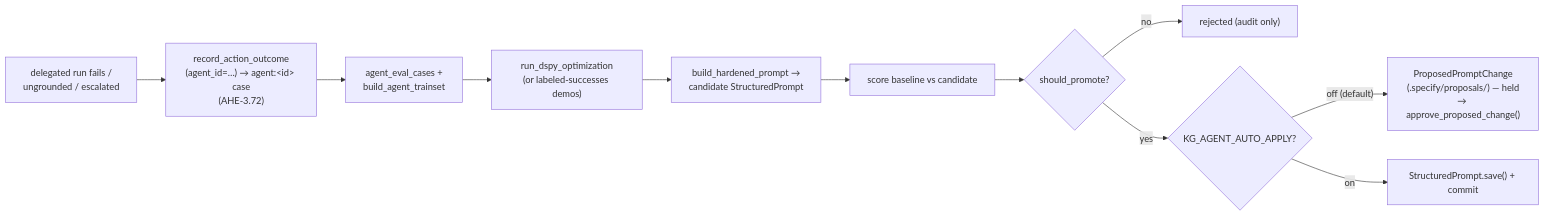
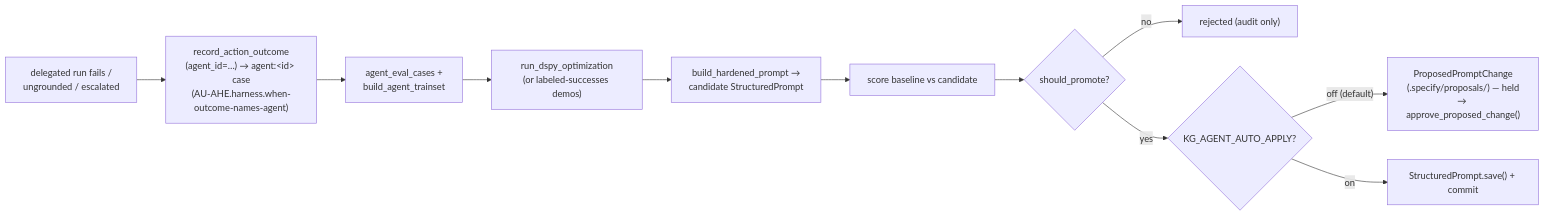
Before and after one commit to Knuckles-Team/agent-utilities: the second of 2 diagrams in docs/architecture/self-evolution-flywheel.md, drawn with Mermaid. The commit also changed other lines of this file and 2324 other files, not shown here.

````diff
--- a/docs/architecture/self-evolution-flywheel.md
+++ b/docs/architecture/self-evolution-flywheel.md
@@ -280,13 +280,13 @@
 ```mermaid
 flowchart LR
-    fail["delegated run fails /\nungrounded / escalated"] --> outcome["record_action_outcome\n(agent_id=…) → agent:&lt;id&gt; case\n(AHE-3.72)"]
+    fail["delegated run fails /\nungrounded / escalated"] --> outcome["record_action_outcome\n(agent_id=…) → agent:&lt;id&gt; case\n(AU-AHE.harness.when-outcome-names-agent)"]
     outcome --> attribute["agent_eval_cases +\nbuild_agent_trainset"]
     attribute --> optimize["run_dspy_optimization\n(or labeled-successes demos)"]
     optimize --> build["build_hardened_prompt →\ncandidate StructuredPrompt"]
     build --> eval["score baseline vs candidate"]
     eval --> promote{"should_promote?"}
     promote -- "no" --> rejected["rejected (audit only)"]
     promote -- "yes" --> gate{"KG_AGENT_AUTO_APPLY?"}
     gate -- "off (default)" --> proposed["ProposedPromptChange\n(.specify/proposals/) — held\n→ approve_proposed_change()"]
     gate -- "on" --> applied["StructuredPrompt.save() + commit"]
 ```
````
